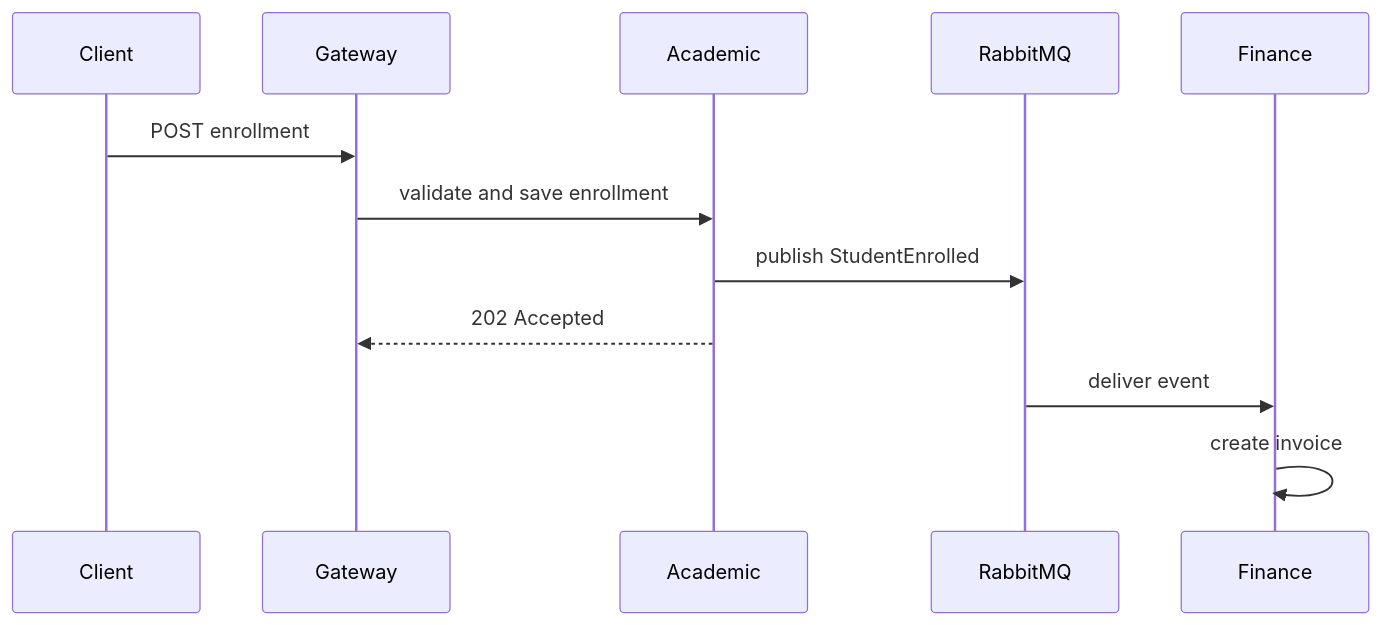
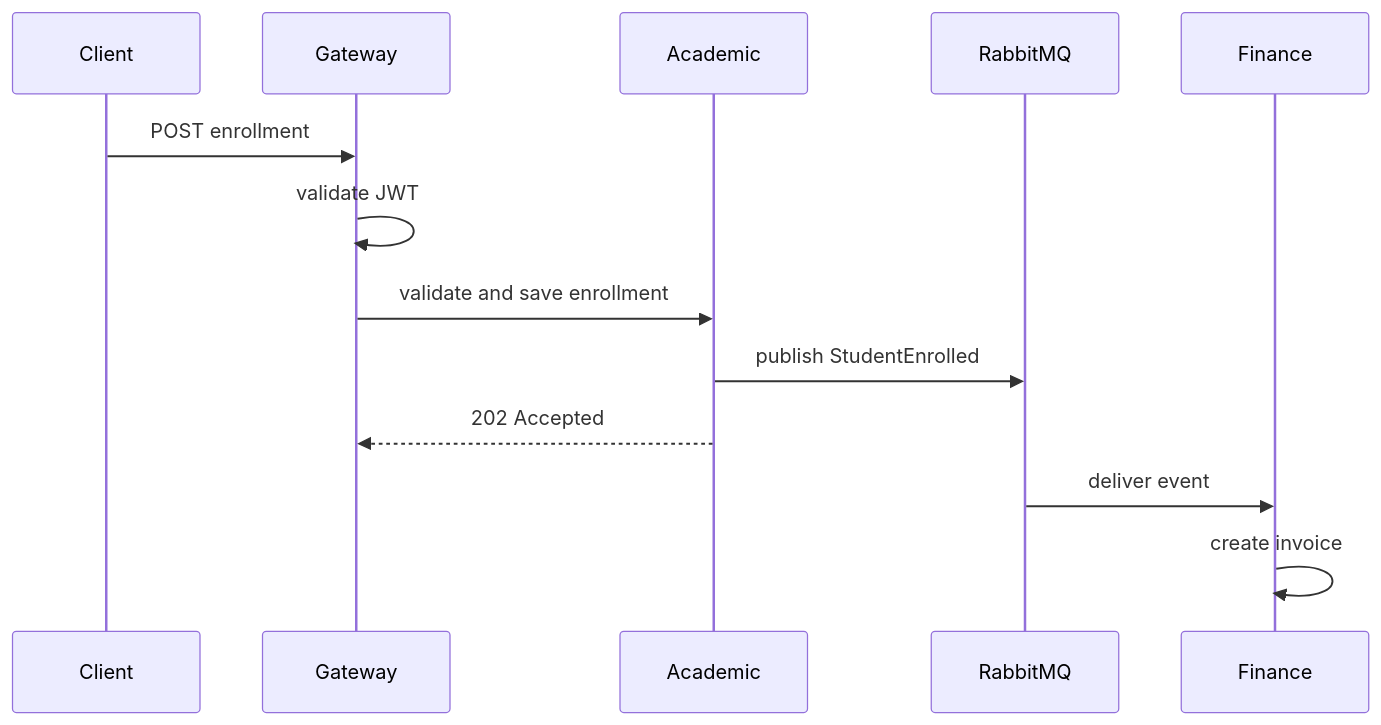
One commit to Vanbrown99/large-system changed the seventh of 7 diagrams in docs/UML.md. Above: the diagram before and after it, drawn with Mermaid. The commit also changed other lines of this file and 21 other files, not shown here.

````diff
--- a/docs/UML.md
+++ b/docs/UML.md
@@ -35,14 +85,15 @@
 ```mermaid
 sequenceDiagram
   participant Client
   participant Gateway
   participant Academic
   participant Broker as RabbitMQ
   participant Finance
   Client->>Gateway: POST enrollment
+  Gateway->>Gateway: validate JWT
   Gateway->>Academic: validate and save enrollment
   Academic->>Broker: publish StudentEnrolled
   Academic-->>Gateway: 202 Accepted
   Broker->>Finance: deliver event
   Finance->>Finance: create invoice
 ```
````
